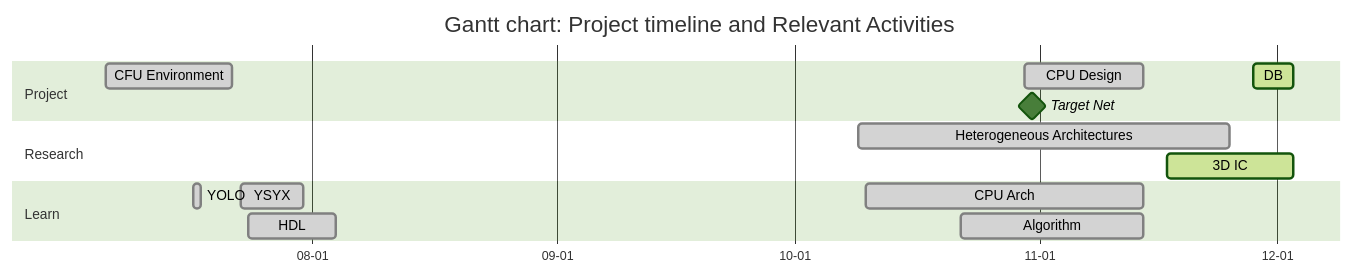
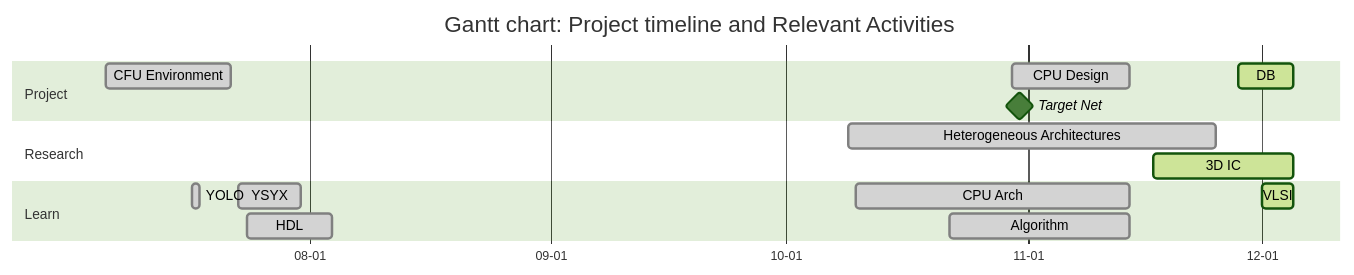
One commit to Marcobisky/Marcobisky.github.io changed the first of 2 diagrams in tinyml/index.qmd. Above: the diagram before and after it, drawn with Mermaid (forest theme). The commit also changed other lines of this file and 12 other files, not shown here.

````diff
--- a/tinyml/index.qmd
+++ b/tinyml/index.qmd
@@ -48,33 +48,34 @@
 ```{mermaid}
 ---
 displayMode: compact
 ---
 %%| label: fig-timeline
 %%| fig-cap: "Gantt Chart"
 %%| fig-width: 10
 %%| fig-height: 6
 
 gantt
     title Gantt chart: Project timeline and Relevant Activities
     dateFormat  YYYY-MM-DD
     axisFormat  %m-%d
     tickInterval 14d
 
     section Project
         CFU Environment :done, 2025-07-06, 2025-07-22
         Target Net :milestone, 2025-10-31, 0d
         CPU Design :done, 2025-10-30, 2025-11-14
-        DB :active, 2025-11-28, 2025-12-03
+        DB :active, 2025-11-28, 2025-12-05
 
     section Research
         Heterogeneous Architectures :done, 2025-10-09, 2025-11-25
-        3D IC :active, 2025-11-17, 2025-12-03
+        3D IC :active, 2025-11-17, 2025-12-05
 
     section Learn
         YSYX :done, 2025-07-23, 2025-07-31
         HDL :done, 2025-07-24, 2025-08-04
         YOLO :done, 2025-07-17, 1d
         CPU Arch :done, 2025-10-10, 2025-11-14
         Algorithm :done, 2025-10-22, 2025-11-14
+        VLSI :active, 2025-12-01, 2025-12-05
 
 ```
````
